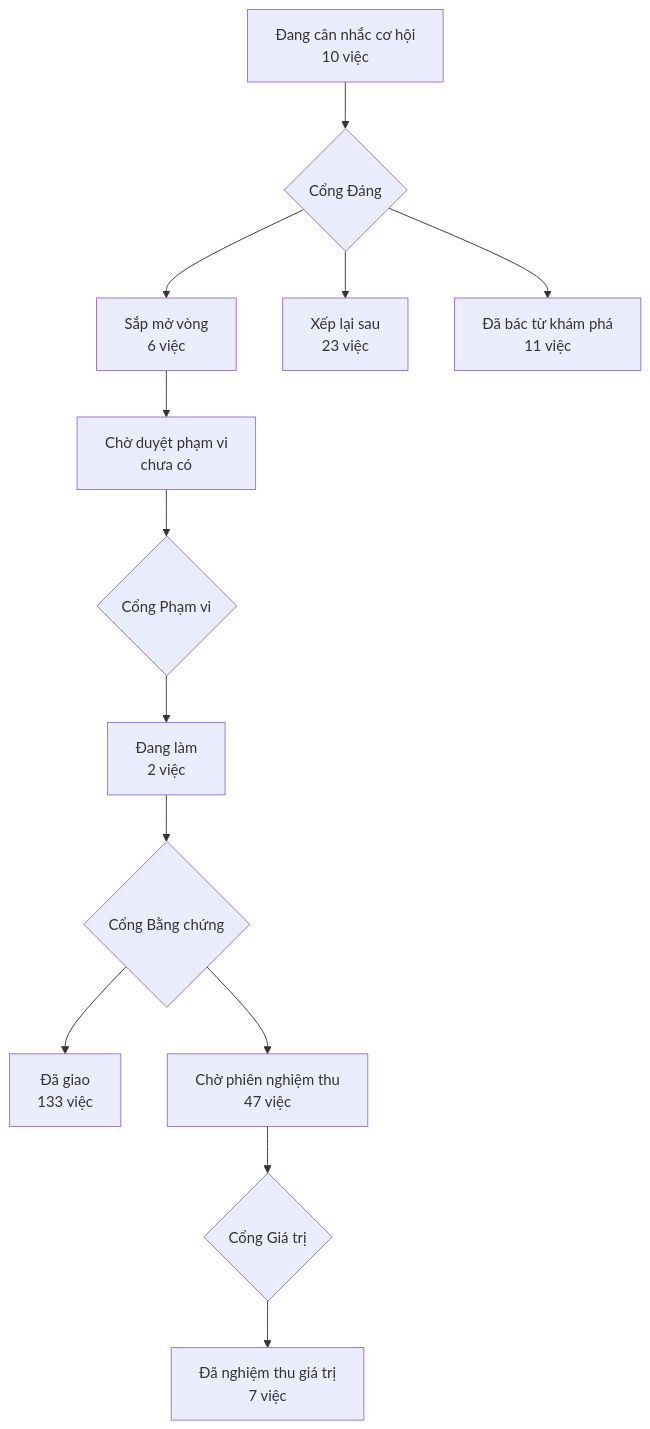
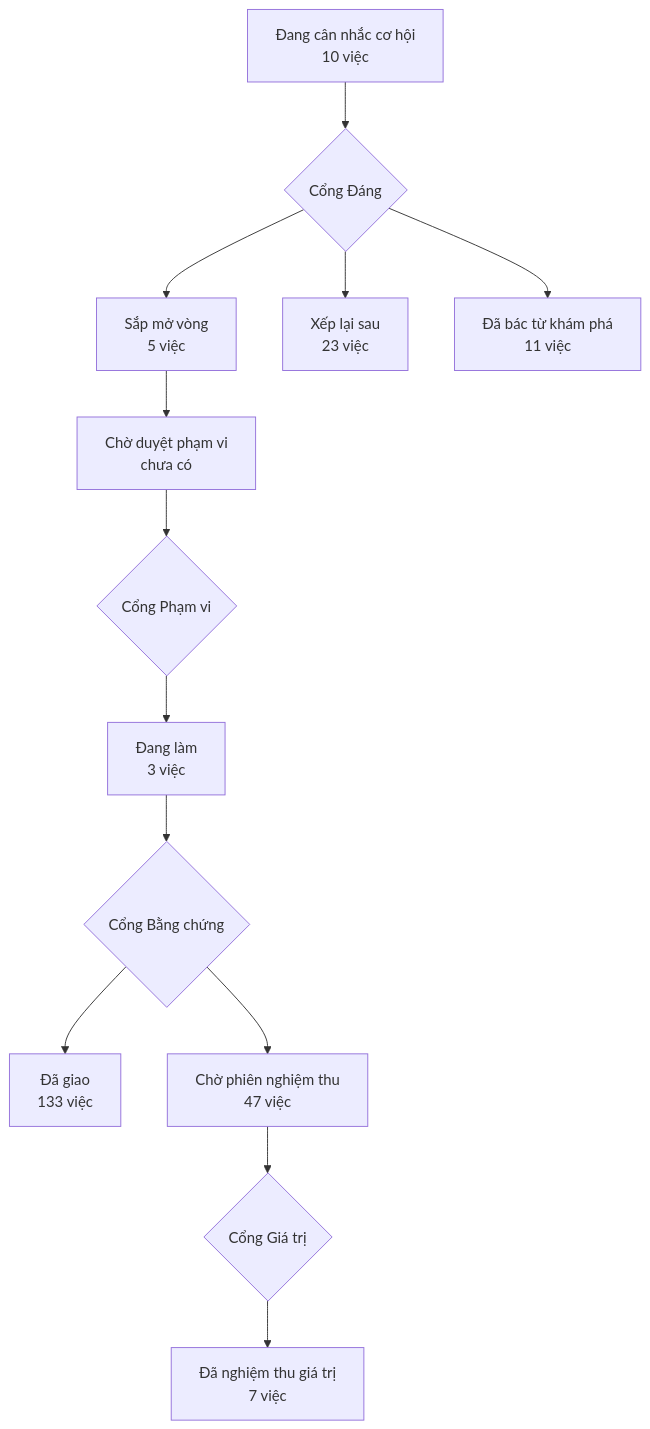
One commit to phanlemanh/acceptance-gate-kit changed the diagram in PRODUCT-MAP.md. Above: the diagram before and after it, drawn with Mermaid. The commit also changed 3 other files, not shown here.

````diff
--- a/PRODUCT-MAP.md
+++ b/PRODUCT-MAP.md
@@ -7,12 +7,12 @@
 ```mermaid
 flowchart TD
   A["Đang cân nhắc cơ hội<br/>10 việc"] --> GD{"Cổng Đáng"}
-  GD --> B["Sắp mở vòng<br/>6 việc"]
+  GD --> B["Sắp mở vòng<br/>5 việc"]
   GD --> XL["Xếp lại sau<br/>23 việc"]
   GD --> DB["Đã bác từ khám phá<br/>11 việc"]
   B --> CD["Chờ duyệt phạm vi<br/>chưa có"] --> GP{"Cổng Phạm vi"}
-  GP --> DL["Đang làm<br/>2 việc"] --> GB{"Cổng Bằng chứng"}
+  GP --> DL["Đang làm<br/>3 việc"] --> GB{"Cổng Bằng chứng"}
   GB --> DG["Đã giao<br/>133 việc"]
   GB --> CN["Chờ phiên nghiệm thu<br/>47 việc"] --> GG{"Cổng Giá trị"}
   GG --> NT["Đã nghiệm thu giá trị<br/>7 việc"]
 ```
````
